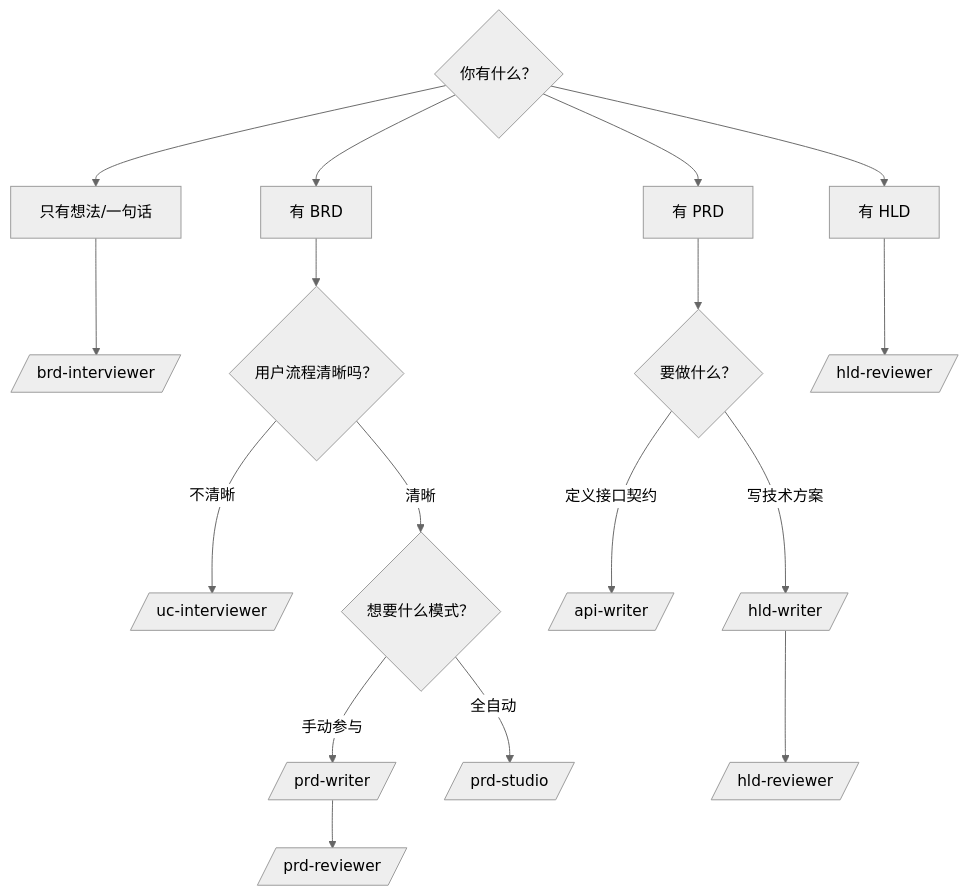
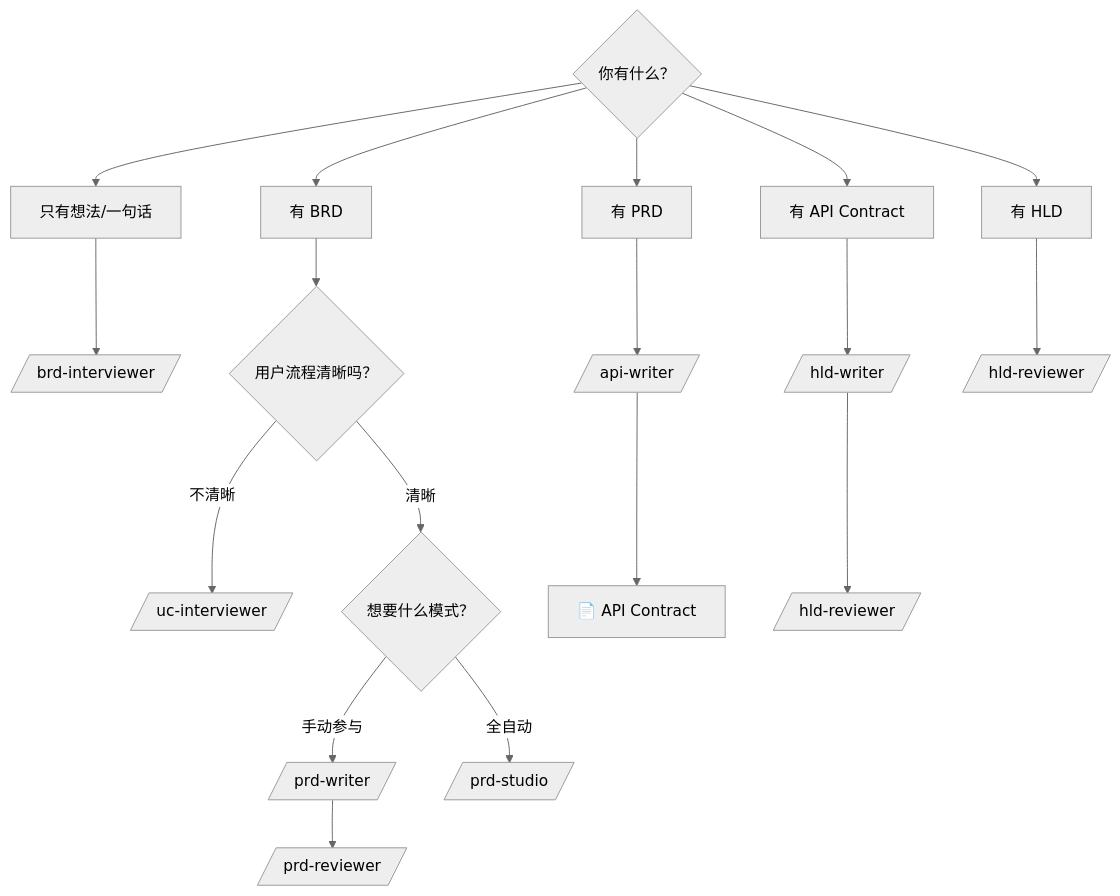
Before and after one commit to TestAny-io/testany-agent-skills: the second of 2 diagrams in plugins/testany-eng/README.md, drawn with Mermaid (neutral theme). The commit also changed other lines of this file, not shown here.

First line of the commit message:
fix(testany-eng): correct hld-writer dependency on api-writer

````diff
--- a/plugins/testany-eng/README.md
+++ b/plugins/testany-eng/README.md
@@ -62,23 +59,25 @@
 ```mermaid
 flowchart TD
     Start{你有什么？} --> A[只有想法/一句话]
     Start --> B[有 BRD]
     Start --> C[有 PRD]
-    Start --> D[有 HLD]
+    Start --> D[有 API Contract]
+    Start --> E[有 HLD]
 
     A --> A1[/brd-interviewer/]
 
     B --> B1{用户流程清晰吗？}
     B1 -->|不清晰| B2[/uc-interviewer/]
     B1 -->|清晰| B3{想要什么模式？}
     B3 -->|手动参与| B4[/prd-writer/]
     B3 -->|全自动| B5[/prd-studio/]
     B4 --> B6[/prd-reviewer/]
 
-    C --> C1{要做什么？}
-    C1 -->|定义接口契约| C2[/api-writer/]
-    C1 -->|写技术方案| C3[/hld-writer/]
-    C3 --> C4[/hld-reviewer/]
+    C --> C1[/api-writer/]
+    C1 --> C2[📄 API Contract]
 
-    D --> D1[/hld-reviewer/]
+    D --> D1[/hld-writer/]
+    D1 --> D2[/hld-reviewer/]
+
+    E --> E1[/hld-reviewer/]
 ```
````
